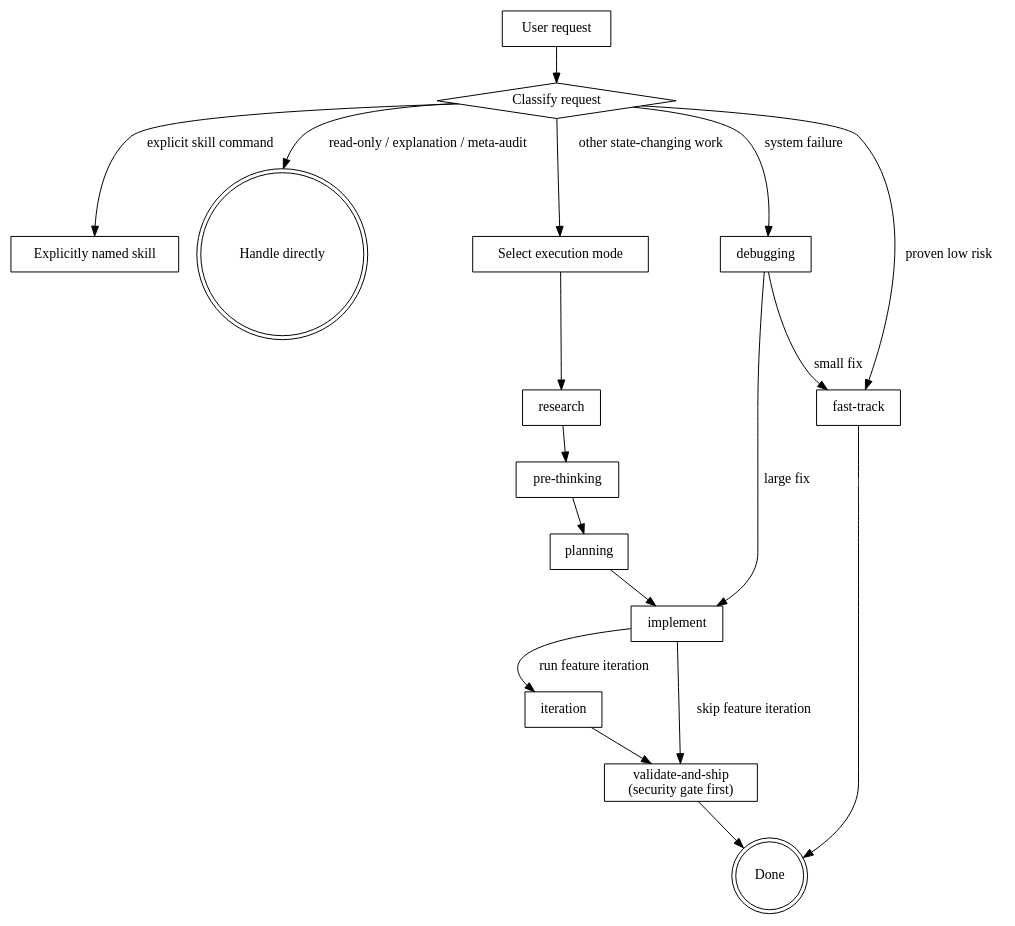
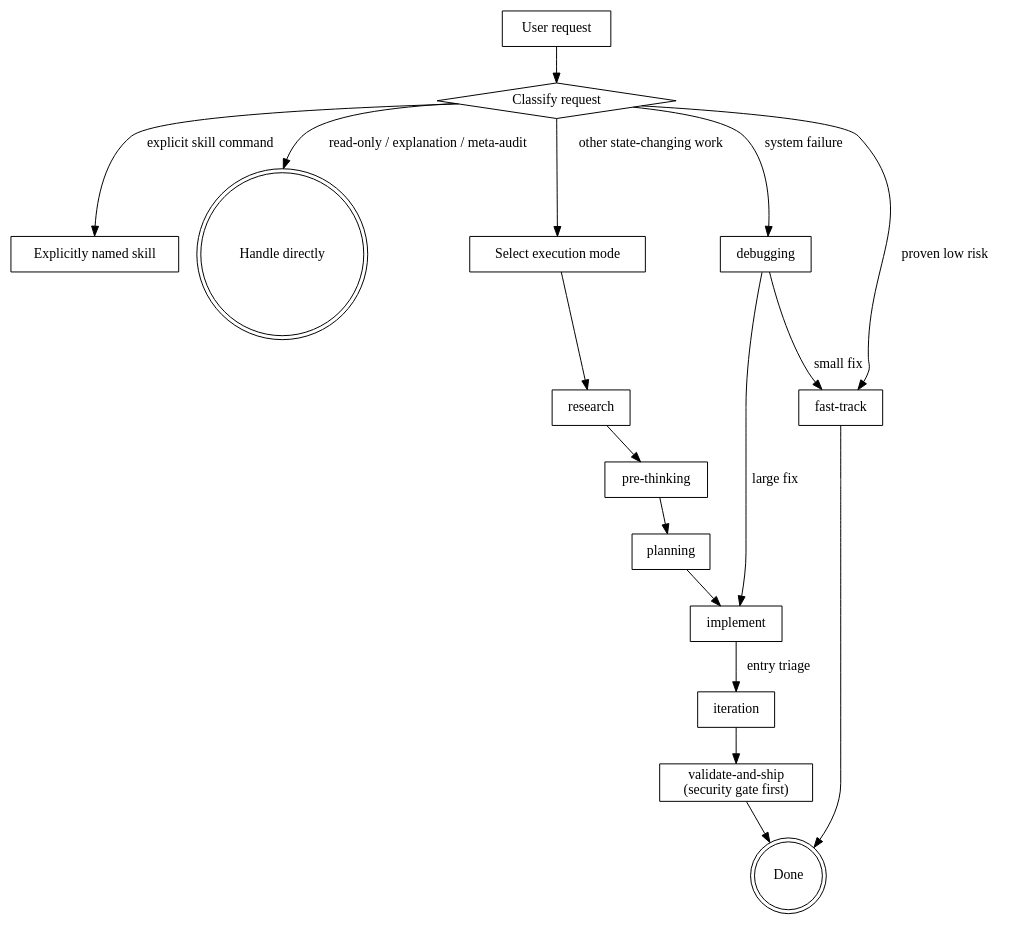
Before and after one commit to roymondliao/samsara: the diagram in skills/samsara-bootstrap/SKILL.md, drawn with Graphviz. The commit also changed other lines of this file and 24 other files, not shown here.

````diff
--- a/skills/samsara-bootstrap/SKILL.md
+++ b/skills/samsara-bootstrap/SKILL.md
@@ -124,40 +126,39 @@
 ```dot
 digraph samsara_routing {
     rankdir=TB;
     node [shape=box];
 
     request [label="User request"];
     classify [label="Classify request" shape=diamond];
     named [label="Explicitly named skill"];
     direct [label="Handle directly" shape=doublecircle];
     mode [label="Select execution mode"];
     research [label="research"];
     prethinking [label="pre-thinking"];
     planning [label="planning"];
     implement [label="implement"];
     iteration [label="iteration"];
     validate [label="validate-and-ship\n(security gate first)"];
     fasttrack [label="fast-track"];
     debugging [label="debugging"];
     done [label="Done" shape=doublecircle];
 
     request -> classify;
     classify -> named [label="explicit skill command"];
     classify -> direct [label="read-only / explanation / meta-audit"];
     classify -> debugging [label="system failure"];
     classify -> fasttrack [label="proven low risk"];
     classify -> mode [label="other state-changing work"];
     mode -> research;
 
     research -> prethinking;
     prethinking -> planning;
     planning -> implement;
-    implement -> validate [label="skip feature iteration"];
-    implement -> iteration [label="run feature iteration"];
+    implement -> iteration [label="entry triage"];
     iteration -> validate;
     validate -> done;
     fasttrack -> done;
     debugging -> fasttrack [label="small fix"];
     debugging -> implement [label="large fix"];
 }
 ```
````
